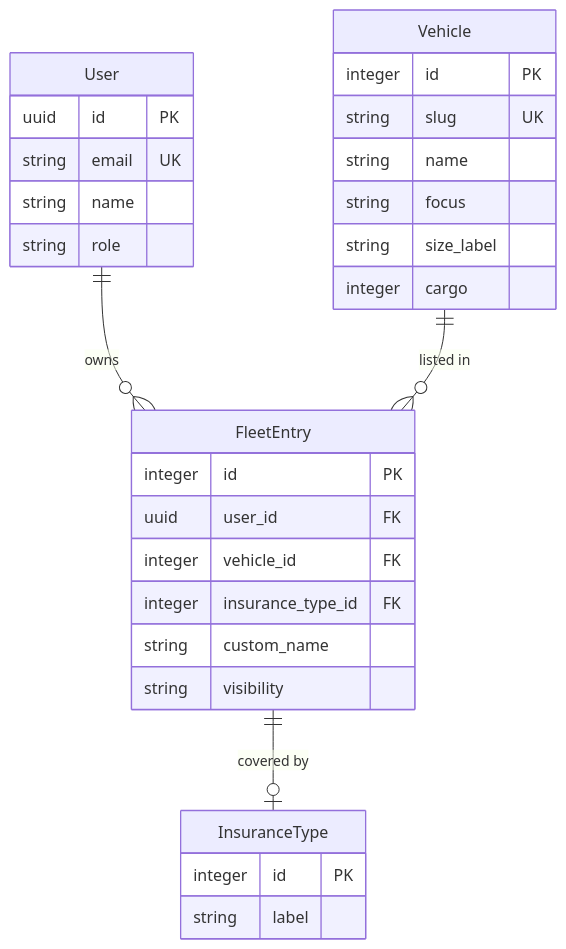
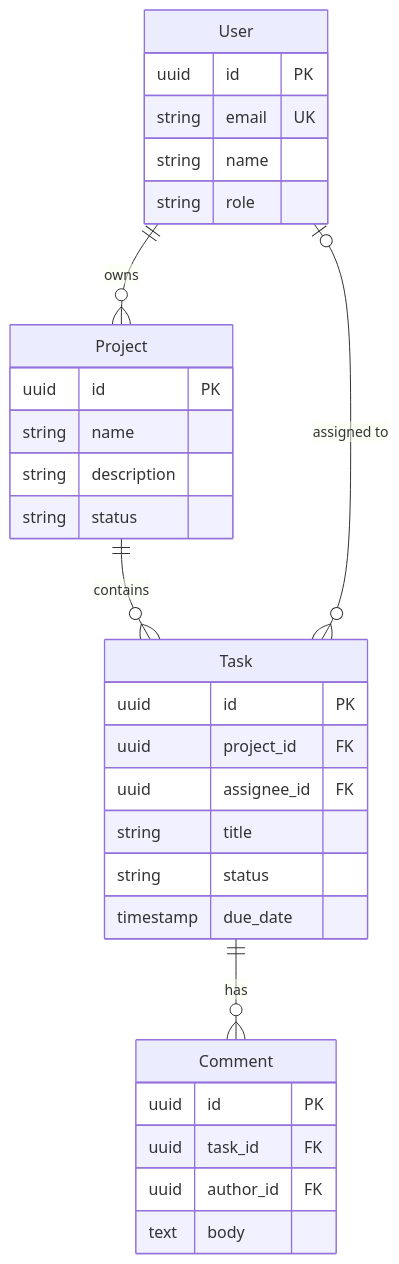
Before and after one commit to gavinmcfall/agentic-config: the fourth of 4 diagrams in config/skills/core/mermaid-diagrams/references/er-diagram.md, drawn with Mermaid. The commit also changed 10 other files, not shown here.

````diff
--- a/config/skills/core/mermaid-diagrams/references/er-diagram.md
+++ b/config/skills/core/mermaid-diagrams/references/er-diagram.md
@@ -84,38 +84,39 @@
 ```mermaid
 erDiagram
-    User ||--o{ FleetEntry : owns
+    User ||--o{ Project : owns
     User {
         uuid id PK
         string email UK
         string name
         string role
     }
 
-    Vehicle ||--o{ FleetEntry : "listed in"
-    Vehicle {
-        integer id PK
-        string slug UK
+    Project ||--o{ Task : contains
+    Project {
+        uuid id PK
         string name
-        string focus
-        string size_label
-        integer cargo
+        string description
+        string status
     }
 
-    FleetEntry ||--o| InsuranceType : "covered by"
-    FleetEntry {
-        integer id PK
-        uuid user_id FK
-        integer vehicle_id FK
-        integer insurance_type_id FK
-        string custom_name
-        string visibility
+    Task }o--o| User : "assigned to"
+    Task {
+        uuid id PK
+        uuid project_id FK
+        uuid assignee_id FK
+        string title
+        string status
+        timestamp due_date
     }
 
-    InsuranceType {
-        integer id PK
-        string label
+    Task ||--o{ Comment : has
+    Comment {
+        uuid id PK
+        uuid task_id FK
+        uuid author_id FK
+        text body
     }
 
-    %% MEANING: Fleet management — users own ships with insurance
-    %% PATTERN: User scoped, vehicle is shared reference data
+    %% MEANING: Task management — users own projects containing tasks
+    %% PATTERN: Project scoped, tasks assigned to users
 ```
````
